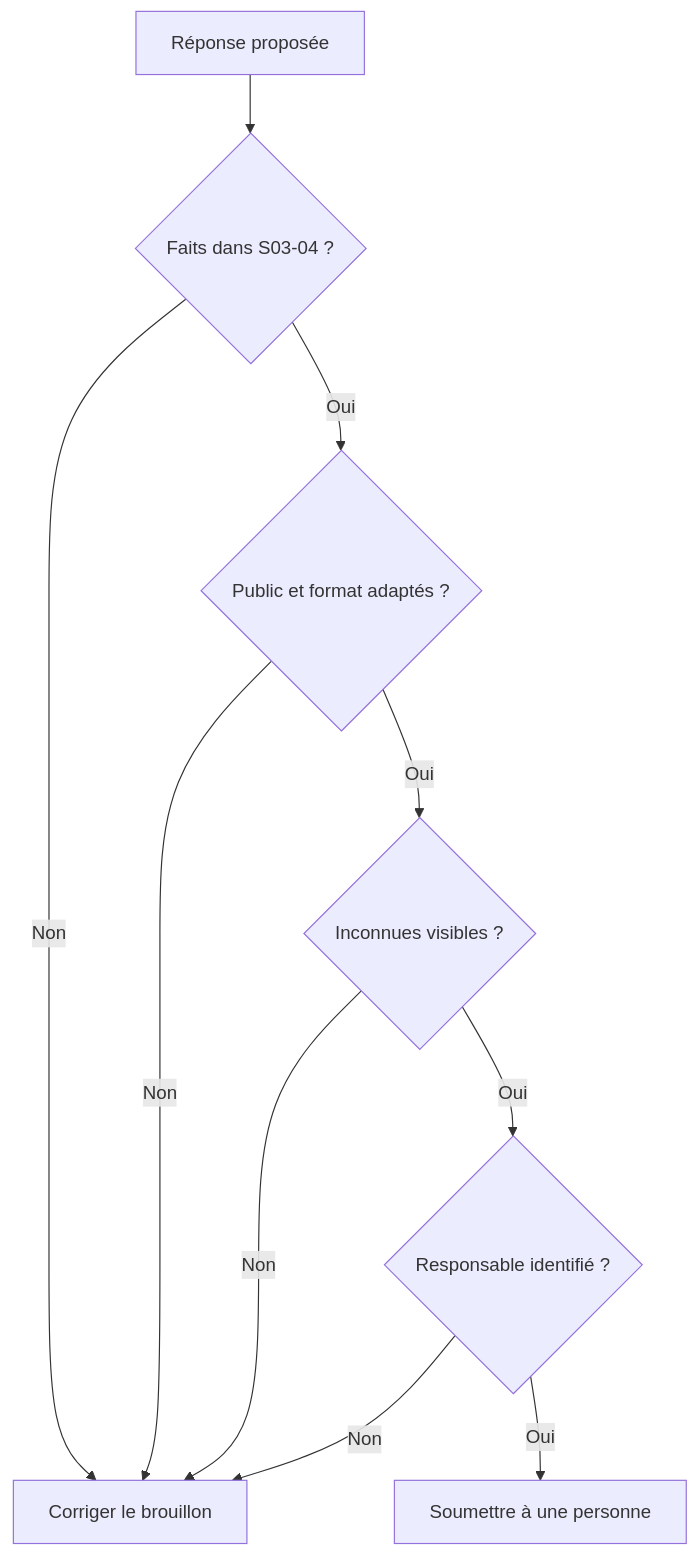
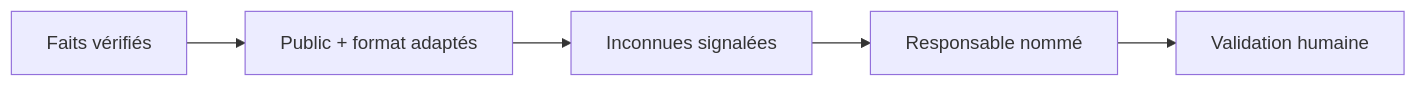
One commit to Ange230700/ibm-ai-foundations-for-everyone-notes changed the diagram in teaching/visuals/s03/fr/checks.mmd. Above: the diagram before and after it, drawn with Mermaid. The commit also changed 54 other files, not shown here.

Commit message:
fix(presentations): improve teaching diagram legibility

```diff
--- a/teaching/visuals/s03/fr/checks.mmd
+++ b/teaching/visuals/s03/fr/checks.mmd
@@ -1,10 +1,5 @@
-flowchart TB
- A["Réponse proposée"] --> B{"Faits dans S03-04 ?"}
- B -->|Non| F["Corriger le brouillon"]
- B -->|Oui| C{"Public et format adaptés ?"}
- C -->|Non| F
- C -->|Oui| D{"Inconnues visibles ?"}
- D -->|Non| F
- D -->|Oui| E{"Responsable identifié ?"}
- E -->|Non| F
- E -->|Oui| G["Soumettre à une personne"]
+flowchart LR
+ A["Faits vérifiés"] --> B["Public + format adaptés"]
+ B --> C["Inconnues signalées"]
+ C --> D["Responsable nommé"]
+ D --> E["Validation humaine"]
```
